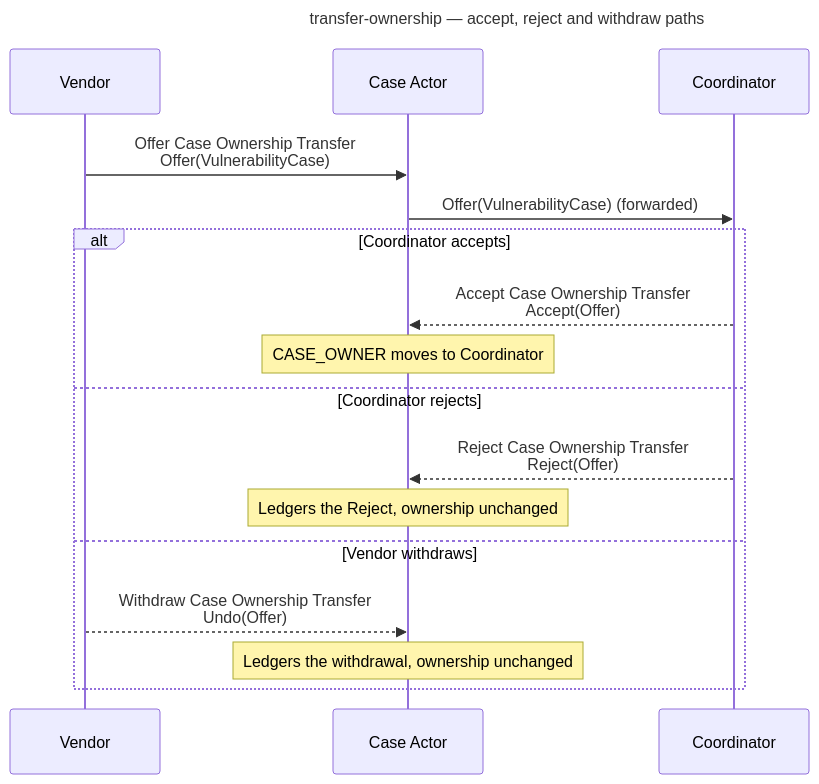
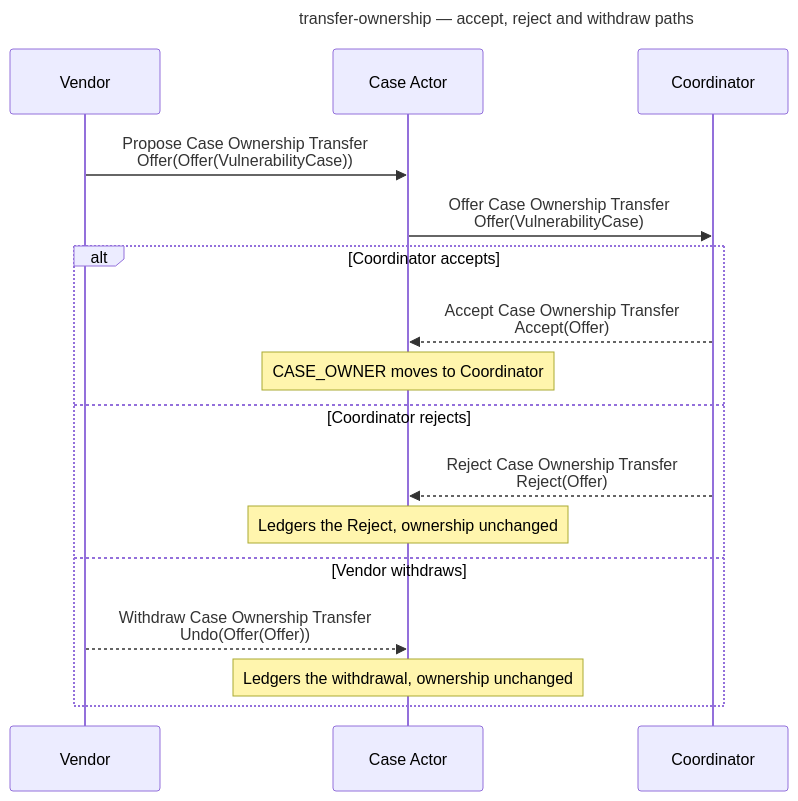
The fourth of 9 diagrams in docs/tutorials/other_demos.md (CERTCC/Vultron), drawn with Mermaid before and after one commit. The commit also changed other lines of this file and 97 other files, not shown here.

First line of the commit message:
feat(ownership): the owner proposes Offer(Offer(Case)); the CASE_MANAGER makes the one Offer (ADR-0148)

````diff
--- a/docs/tutorials/other_demos.md
+++ b/docs/tutorials/other_demos.md
@@ -199,22 +199,22 @@
 ```mermaid
 ---
 title: transfer-ownership — accept, reject and withdraw paths
 ---
 sequenceDiagram
     participant V as Vendor
     participant CA as Case Actor
     participant C as Coordinator
 
-    V->>CA: Offer Case Ownership Transfer<br/>Offer(VulnerabilityCase)
-    CA->>C: Offer(VulnerabilityCase) (forwarded)
+    V->>CA: Propose Case Ownership Transfer<br/>Offer(Offer(VulnerabilityCase))
+    CA->>C: Offer Case Ownership Transfer<br/>Offer(VulnerabilityCase)
     alt Coordinator accepts
         C-->>CA: Accept Case Ownership Transfer<br/>Accept(Offer)
         Note over CA: CASE_OWNER moves to Coordinator
     else Coordinator rejects
         C-->>CA: Reject Case Ownership Transfer<br/>Reject(Offer)
         Note over CA: Ledgers the Reject, ownership unchanged
     else Vendor withdraws
-        V-->>CA: Withdraw Case Ownership Transfer<br/>Undo(Offer)
+        V-->>CA: Withdraw Case Ownership Transfer<br/>Undo(Offer(Offer))
         Note over CA: Ledgers the withdrawal, ownership unchanged
     end
 ```
````
